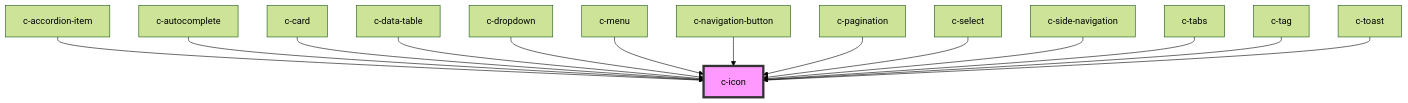
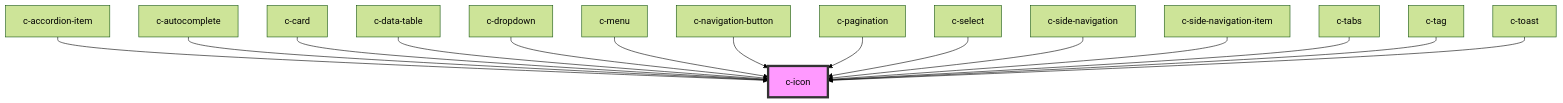
One commit to CSCfi/ui changed the diagram in packages/csc-ui/src/components/c-icon/readme.md. Above: the diagram before and after it, drawn with Mermaid (forest theme). The commit also changed other lines of this file and 4 other files, not shown here.

Commit message:
fix: c-navigation-item - allow the long labels to wrap

````diff
--- a/packages/csc-ui/src/components/c-icon/readme.md
+++ b/packages/csc-ui/src/components/c-icon/readme.md
@@ -43,17 +44,18 @@
 ```mermaid
 graph TD;
   c-accordion-item --> c-icon
   c-autocomplete --> c-icon
   c-card --> c-icon
   c-data-table --> c-icon
   c-dropdown --> c-icon
   c-menu --> c-icon
   c-navigation-button --> c-icon
   c-pagination --> c-icon
   c-select --> c-icon
   c-side-navigation --> c-icon
+  c-side-navigation-item --> c-icon
   c-tabs --> c-icon
   c-tag --> c-icon
   c-toast --> c-icon
   style c-icon fill:#f9f,stroke:#333,stroke-width:4px
 ```
````
